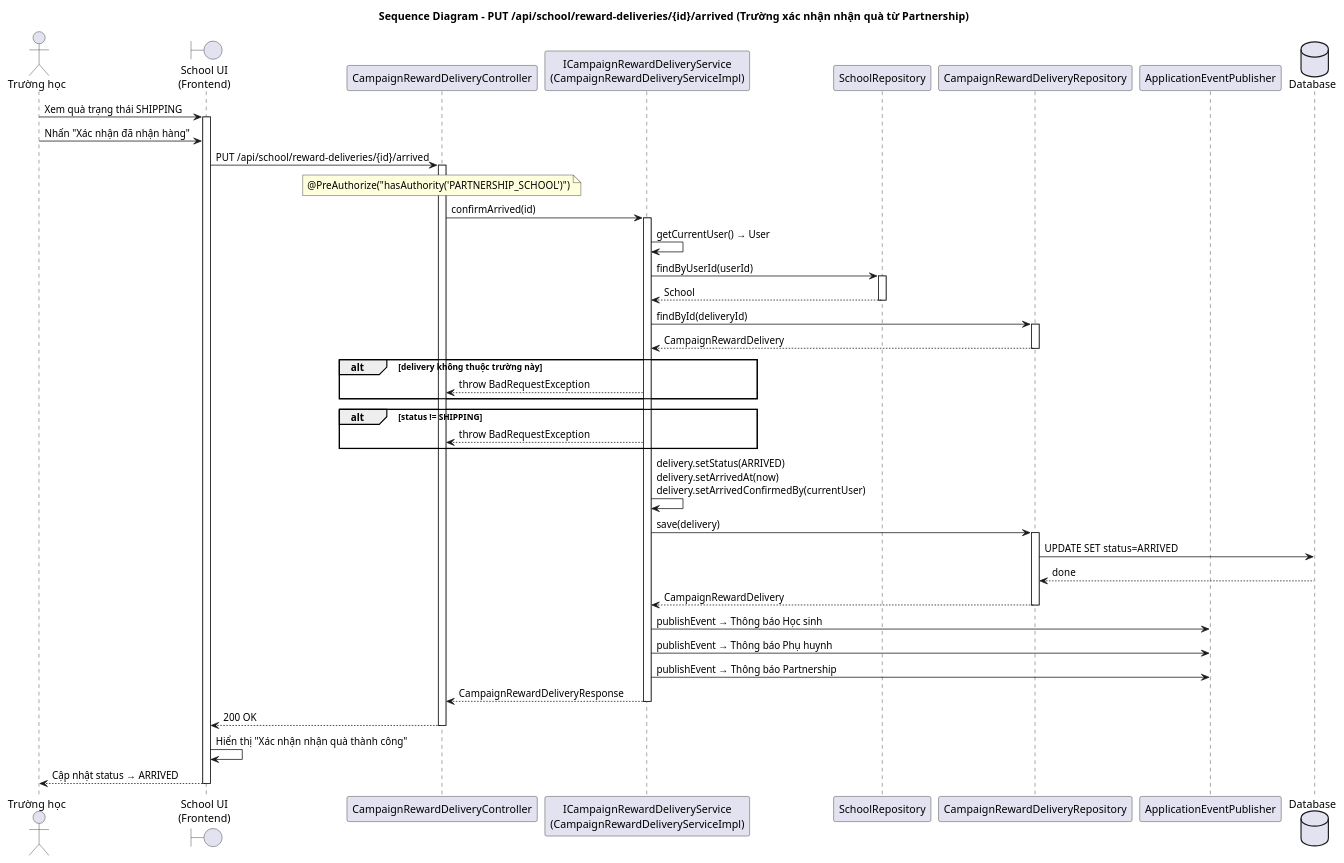
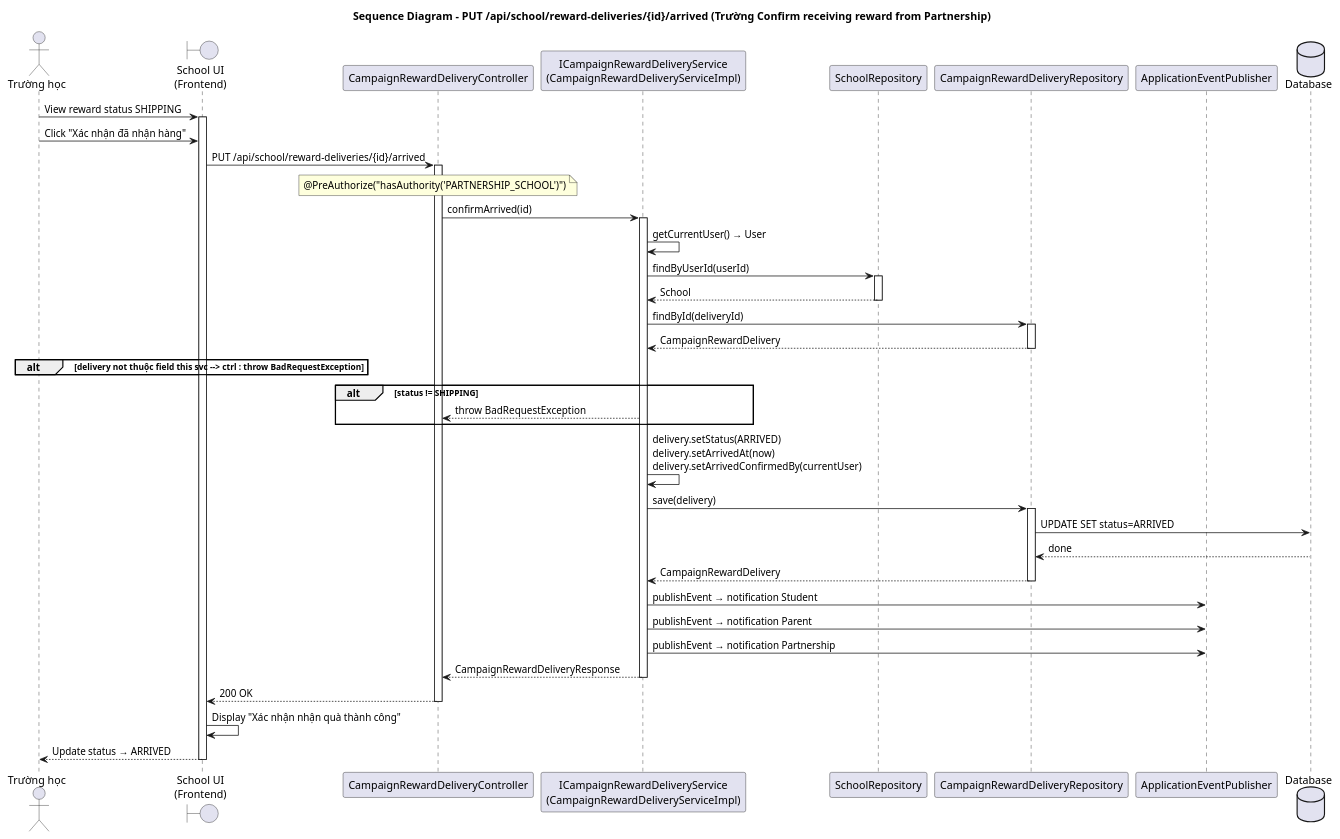
The diagram in src/main/resources/diagram/seq_school_confirm_arrived.puml (EpxrLab/EcoVerse_BE), drawn with PlantUML before and after one commit. The commit also changed 53 other files, not shown here.

```diff
--- a/src/main/resources/diagram/seq_school_confirm_arrived.puml
+++ b/src/main/resources/diagram/seq_school_confirm_arrived.puml
@@ -1,66 +1,65 @@
 @startuml seq_school_confirm_arrived
-title Sequence Diagram - PUT /api/school/reward-deliveries/{id}/arrived (Trường xác nhận nhận quà từ Partnership)
+title Sequence Diagram - PUT /api/school/reward-deliveries/{id}/arrived (Trường Confirm receiving reward from Partnership)
 
 actor "Trường học" as user
 boundary "School UI\n(Frontend)" as ui
 participant "CampaignRewardDeliveryController" as ctrl
 participant "ICampaignRewardDeliveryService\n(CampaignRewardDeliveryServiceImpl)" as svc
 participant "SchoolRepository" as schoolRepo
 participant "CampaignRewardDeliveryRepository" as delRepo
 participant "ApplicationEventPublisher" as eventPub
 database "Database" as db
 
-user -> ui : Xem quà trạng thái SHIPPING
+user -> ui : View reward status SHIPPING
 activate ui
-user -> ui : Nhấn "Xác nhận đã nhận hàng"
+user -> ui : Click "Xác nhận đã nhận hàng"
 
 ui -> ctrl : PUT /api/school/reward-deliveries/{id}/arrived
 activate ctrl
 note over ctrl : @PreAuthorize("hasAuthority('PARTNERSHIP_SCHOOL')")
 
 ctrl -> svc : confirmArrived(id)
 activate svc
 
 svc -> svc : getCurrentUser() → User
 svc -> schoolRepo : findByUserId(userId)
 activate schoolRepo
 schoolRepo --> svc : School
 deactivate schoolRepo
 
 svc -> delRepo : findById(deliveryId)
 activate delRepo
 delRepo --> svc : CampaignRewardDelivery
 deactivate delRepo
 
-alt delivery không thuộc trường này
-    svc --> ctrl : throw BadRequestException
+alt delivery not thuộc field this svc --> ctrl : throw BadRequestException
 end
 
 alt status != SHIPPING
-    svc --> ctrl : throw BadRequestException
+ svc --> ctrl : throw BadRequestException
 end
 
 svc -> svc : delivery.setStatus(ARRIVED)\ndelivery.setArrivedAt(now)\ndelivery.setArrivedConfirmedBy(currentUser)
 
 svc -> delRepo : save(delivery)
 activate delRepo
 delRepo -> db : UPDATE SET status=ARRIVED
 db --> delRepo : done
 delRepo --> svc : CampaignRewardDelivery
 deactivate delRepo
 
-svc -> eventPub : publishEvent → Thông báo Học sinh
-svc -> eventPub : publishEvent → Thông báo Phụ huynh
-svc -> eventPub : publishEvent → Thông báo Partnership
+svc -> eventPub : publishEvent → notification Student
+svc -> eventPub : publishEvent → notification Parent
+svc -> eventPub : publishEvent → notification Partnership
 
 svc --> ctrl : CampaignRewardDeliveryResponse
 deactivate svc
 
 ctrl --> ui : 200 OK
 deactivate ctrl
 
-ui -> ui : Hiển thị "Xác nhận nhận quà thành công"
-ui --> user : Cập nhật status → ARRIVED
+ui -> ui : Display "Xác nhận nhận quà thành công"
+ui --> user : Update status → ARRIVED
 deactivate ui
 
 @enduml
```
